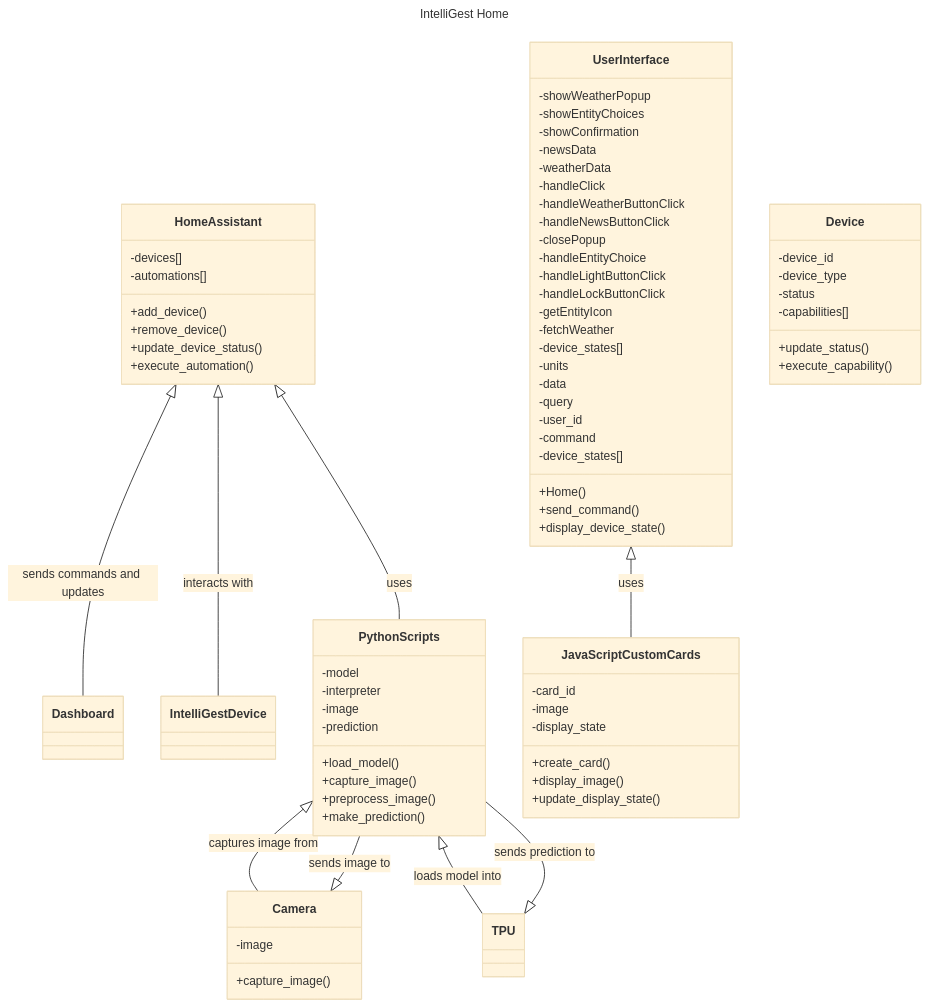
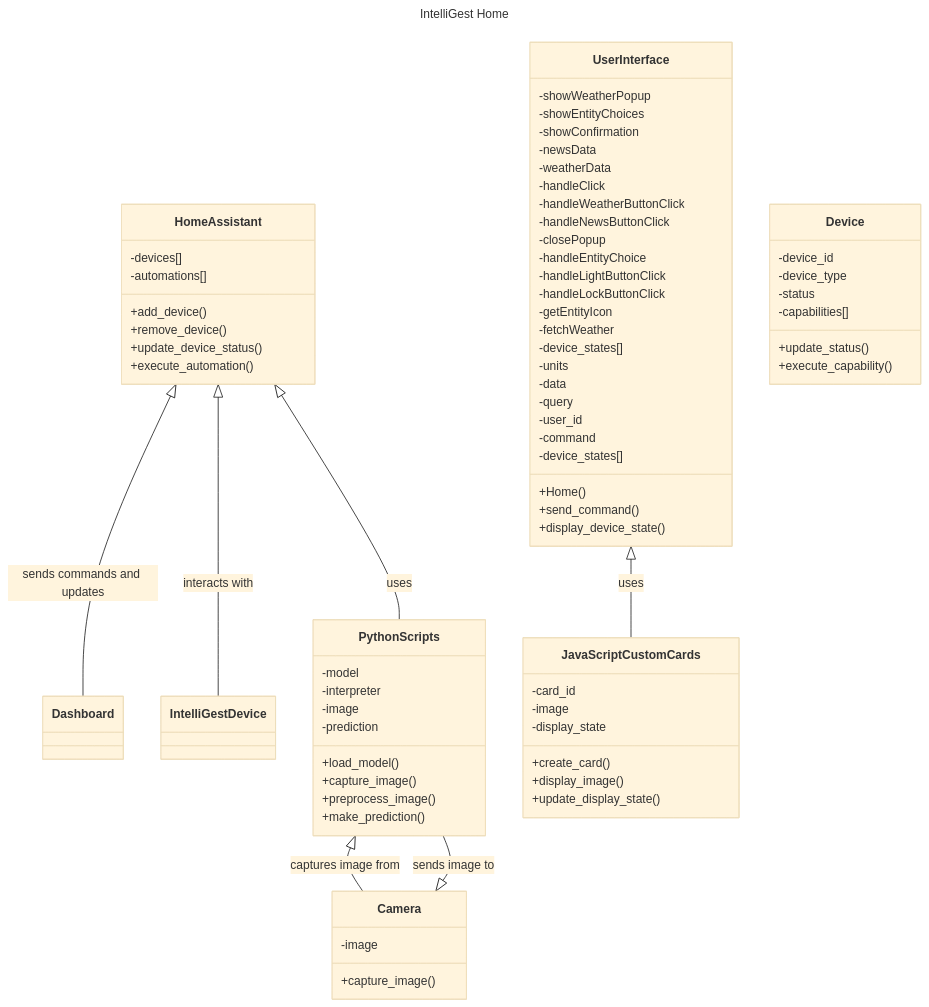
One commit to Capstone-Projects-2024-Spring/project-intelligest-smart-home changed the diagram in documentation/docs/system-architecture/class-diagram.md. Above: the diagram before and after it, drawn with Mermaid (base theme). The commit also changed 4 other files, not shown here.

Commit message:
removed TPU from Class diagram, change name of testing folder to Test-Procedures

````diff
--- a/documentation/docs/system-architecture/class-diagram.md
+++ b/documentation/docs/system-architecture/class-diagram.md
@@ -35,79 +35,77 @@
 ```mermaid
 ---
 title: IntelliGest Home
 ---
 
 classDiagram
     HomeAssistant <|-- Dashboard : sends commands and updates
     HomeAssistant <|-- IntelliGestDevice : interacts with
     HomeAssistant <|-- PythonScripts : uses
     UserInterface <|-- JavaScriptCustomCards : uses
     PythonScripts <|-- Camera : captures image from
-    PythonScripts <|-- TPU : loads model into
     Camera <|-- PythonScripts : sends image to
-    TPU <|-- PythonScripts : sends prediction to
     class HomeAssistant {
         -devices[]
         -automations[]
         +add_device()
         +remove_device()
         +update_device_status()
         +execute_automation()
     }
     class UserInterface {
         -showWeatherPopup
         -showEntityChoices
         -showConfirmation
         -newsData
         -weatherData
         -handleClick
         -handleWeatherButtonClick
         -handleNewsButtonClick
         -closePopup
         -handleEntityChoice
         -handleLightButtonClick
         -handleLockButtonClick
         -getEntityIcon
         -fetchWeather
         -device_states[]
         -units
         -data
         -query
         -user_id
         -command
         -device_states[]
         +Home()
         +send_command()
         +display_device_state()
     }
     class Device {
         -device_id
         -device_type
         -status
         -capabilities[]
         +update_status()
         +execute_capability()
     }
     class PythonScripts {
         -model
         -interpreter
         -image
         -prediction
         +load_model()
         +capture_image()
         +preprocess_image()
         +make_prediction()
     }
     class JavaScriptCustomCards {
         -card_id
         -image
         -display_state
         +create_card()
         +display_image()
         +update_display_state()
     }
     class Camera {
         -image
         +capture_image()
     }
 ```
````
